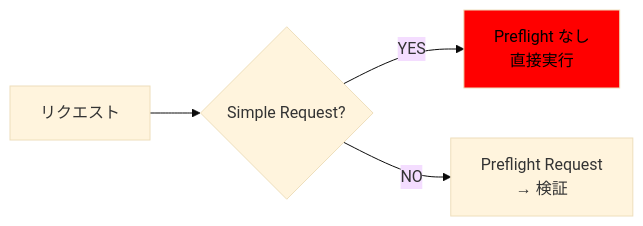
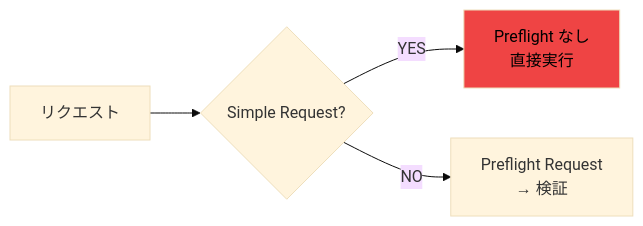
One commit to hanacus87/zenn-docs changed the second of 4 diagrams in articles/csrf_web_security.md. Above: the diagram before and after it, drawn with Mermaid (base theme). The commit also changed 1 other file, not shown here.

Commit message:
vpn_and_amazon執筆

````diff
--- a/articles/csrf_web_security.md
+++ b/articles/csrf_web_security.md
@@ -48,8 +48,8 @@
 ```mermaid
 flowchart LR
     A[リクエスト] --> B{Simple Request?}
     B -->|YES| C[Preflight なし<br>直接実行]
     B -->|NO| D[Preflight Request<br>→ 検証]
 
-    style C fill:#ff0000,color:#000000
+    style C fill:#ef4444,color:#000000
 ```
````
